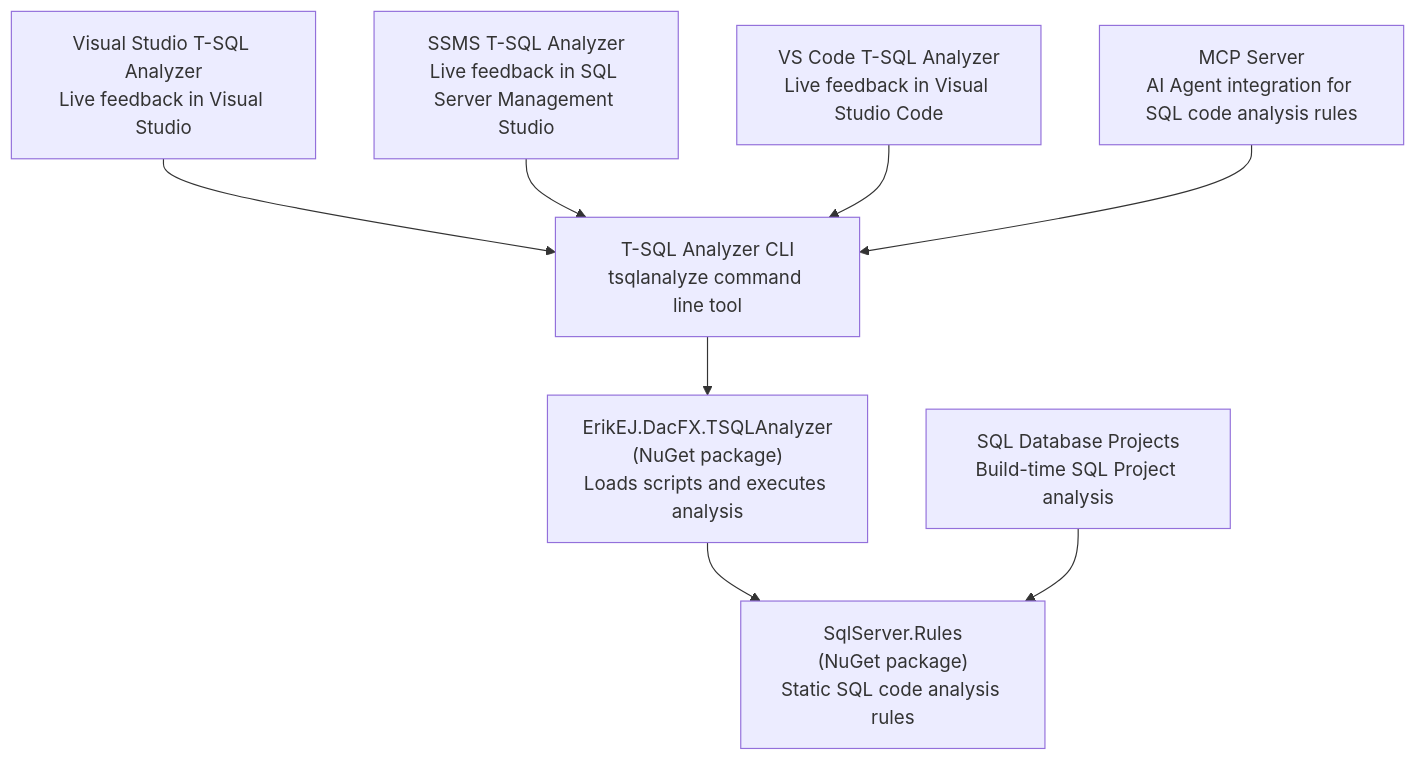
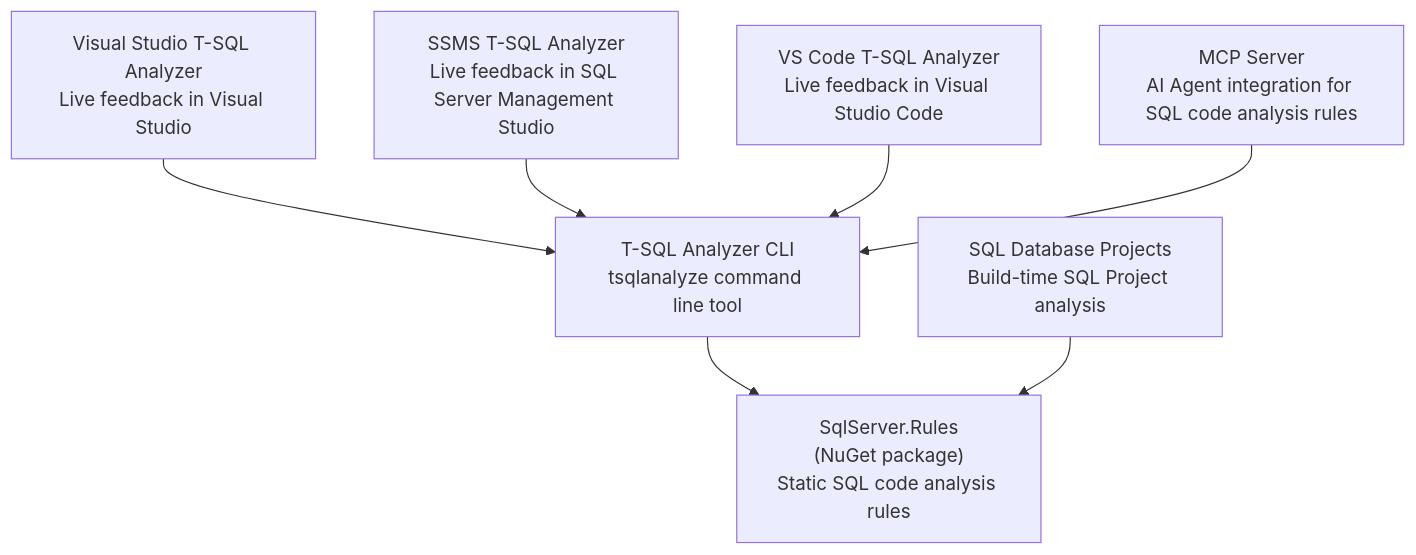
One commit to ErikEJ/SqlServer.Rules changed the diagram in README.md. Above: the diagram before and after it, drawn with Mermaid.

Commit message:
simpler readme (#743)

````diff
--- a/README.md
+++ b/README.md
@@ -24,19 +24,17 @@
 ```mermaid
 flowchart TD
     VS["Visual Studio T-SQL Analyzer<br/>Live feedback in Visual Studio"]
     SSMS["SSMS T-SQL Analyzer<br/>Live feedback in SQL Server Management Studio"]
     VSC["VS Code T-SQL Analyzer<br/>Live feedback in Visual Studio Code"]
     CLI["T-SQL Analyzer CLI<br/>tsqlanalyze command line tool"]
-    CLILIB["ErikEJ.DacFX.TSQLAnalyzer<br/>(NuGet package)<br/>Loads scripts and executes analysis"]
     MBSQL["SQL Database Projects<br/>Build-time SQL Project analysis"]
     RULES["SqlServer.Rules<br/>(NuGet package)<br/>Static SQL code analysis rules"]
     MCP["MCP Server<br/>AI Agent integration for SQL code analysis rules"]
 
     VS --> CLI
     SSMS --> CLI
     VSC --> CLI
-    CLI --> CLILIB
-    CLILIB --> RULES
+    CLI --> RULES
     MBSQL --> RULES
     MCP --> CLI
 ```
````
